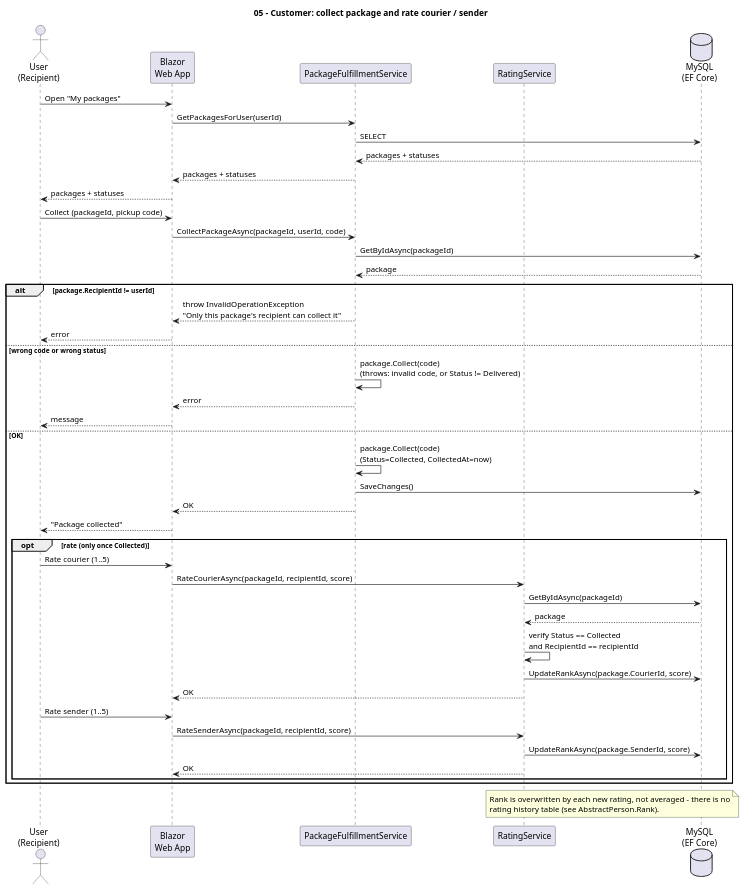
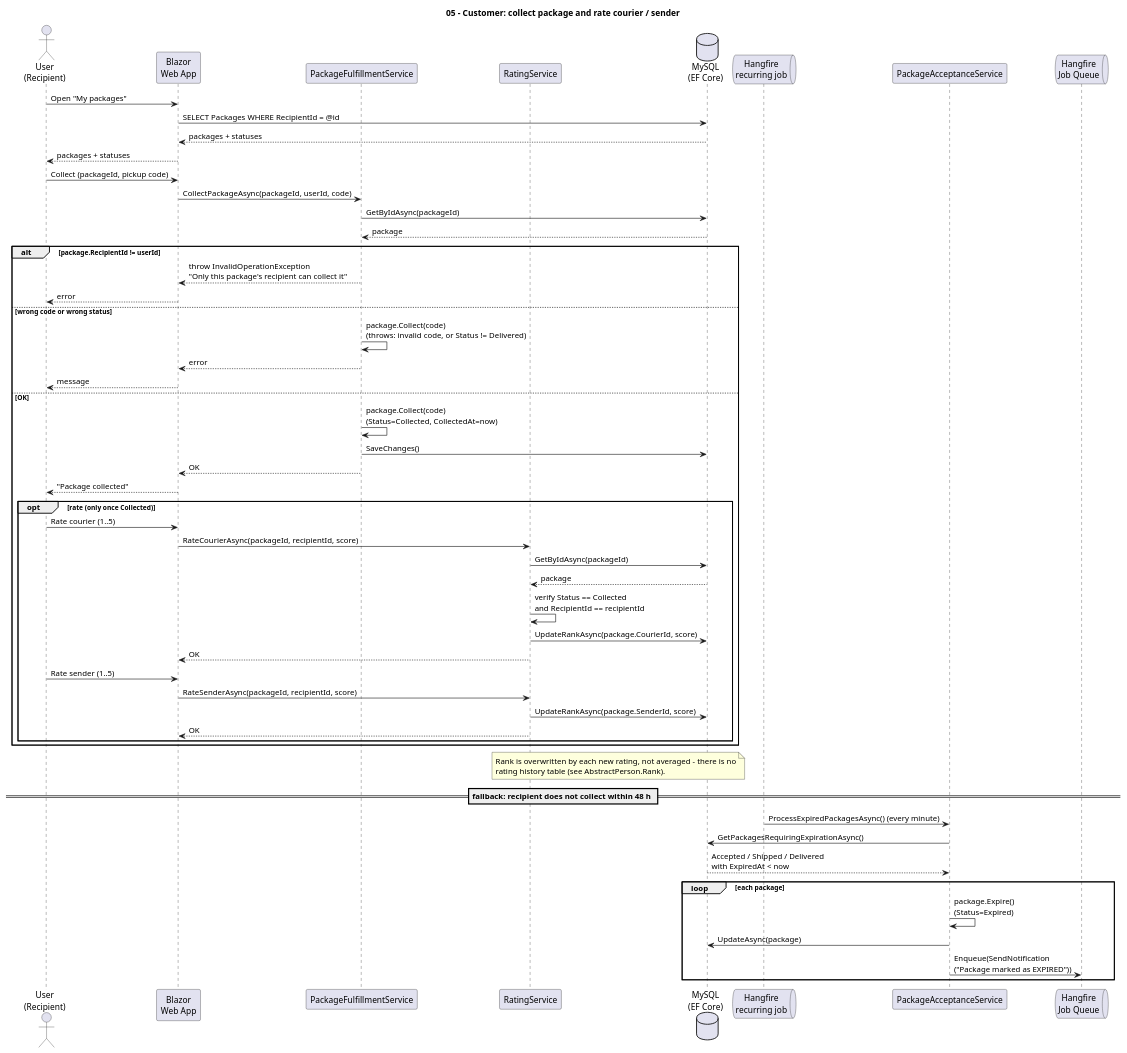
Before and after one commit to AGH-ISI-projects/package-management: the fifth of 6 diagrams in krzycha/docs/nowe/sekwencje/sequence-diagrams.puml, drawn with PlantUML. The commit also changed other lines of this file and 15 other files, not shown here.

First line of the commit message:
Aktualizacja diagramów i dokumentacji w docs/nowe do stanu kodu

```diff
--- a/krzycha/docs/nowe/sekwencje/sequence-diagrams.puml
+++ b/krzycha/docs/nowe/sekwencje/sequence-diagrams.puml
@@ -235,56 +256,67 @@
 @startuml 05-customer-collect-and-rate
 title 05 - Customer: collect package and rate courier / sender
 
 actor "User\n(Recipient)" as Recipient
 participant "Blazor\nWeb App" as Web
 participant "PackageFulfillmentService" as FulfillSvc
 participant "RatingService" as RatingSvc
 database "MySQL\n(EF Core)" as DB
 
 Recipient -> Web: Open "My packages"
-Web -> FulfillSvc: GetPackagesForUser(userId)
-FulfillSvc -> DB: SELECT
-DB --> FulfillSvc: packages + statuses
-FulfillSvc --> Web: packages + statuses
+Web -> DB: SELECT Packages WHERE RecipientId = @id
+DB --> Web: packages + statuses
 Web --> Recipient: packages + statuses
 
 Recipient -> Web: Collect (packageId, pickup code)
 Web -> FulfillSvc: CollectPackageAsync(packageId, userId, code)
 FulfillSvc -> DB: GetByIdAsync(packageId)
 DB --> FulfillSvc: package
 
 alt package.RecipientId != userId
     FulfillSvc --> Web: throw InvalidOperationException\n"Only this package's recipient can collect it"
     Web --> Recipient: error
 else wrong code or wrong status
     FulfillSvc -> FulfillSvc: package.Collect(code)\n(throws: invalid code, or Status != Delivered)
     FulfillSvc --> Web: error
     Web --> Recipient: message
 else OK
     FulfillSvc -> FulfillSvc: package.Collect(code)\n(Status=Collected, CollectedAt=now)
     FulfillSvc -> DB: SaveChanges()
     FulfillSvc --> Web: OK
     Web --> Recipient: "Package collected"
 
     opt rate (only once Collected)
         Recipient -> Web: Rate courier (1..5)
         Web -> RatingSvc: RateCourierAsync(packageId, recipientId, score)
         RatingSvc -> DB: GetByIdAsync(packageId)
         DB --> RatingSvc: package
         RatingSvc -> RatingSvc: verify Status == Collected\nand RecipientId == recipientId
         RatingSvc -> DB: UpdateRankAsync(package.CourierId, score)
         RatingSvc --> Web: OK
 
         Recipient -> Web: Rate sender (1..5)
         Web -> RatingSvc: RateSenderAsync(packageId, recipientId, score)
         RatingSvc -> DB: UpdateRankAsync(package.SenderId, score)
         RatingSvc --> Web: OK
     end
 end
 
 note over RatingSvc, DB
   Rank is overwritten by each new rating, not averaged - there is no
   rating history table (see AbstractPerson.Rank).
 end note
 
+== fallback: recipient does not collect within 48 h ==
+queue "Hangfire\nrecurring job" as Recurring
+participant "PackageAcceptanceService" as AcceptSvc
+queue "Hangfire\nJob Queue" as Hangfire
+Recurring -> AcceptSvc: ProcessExpiredPackagesAsync() (every minute)
+AcceptSvc -> DB: GetPackagesRequiringExpirationAsync()
+DB --> AcceptSvc: Accepted / Shipped / Delivered\nwith ExpiredAt < now
+loop each package
+    AcceptSvc -> AcceptSvc: package.Expire()\n(Status=Expired)
+    AcceptSvc -> DB: UpdateAsync(package)
+    AcceptSvc -> Hangfire: Enqueue(SendNotification\n("Package marked as EXPIRED"))
+end
+
 @enduml
```
